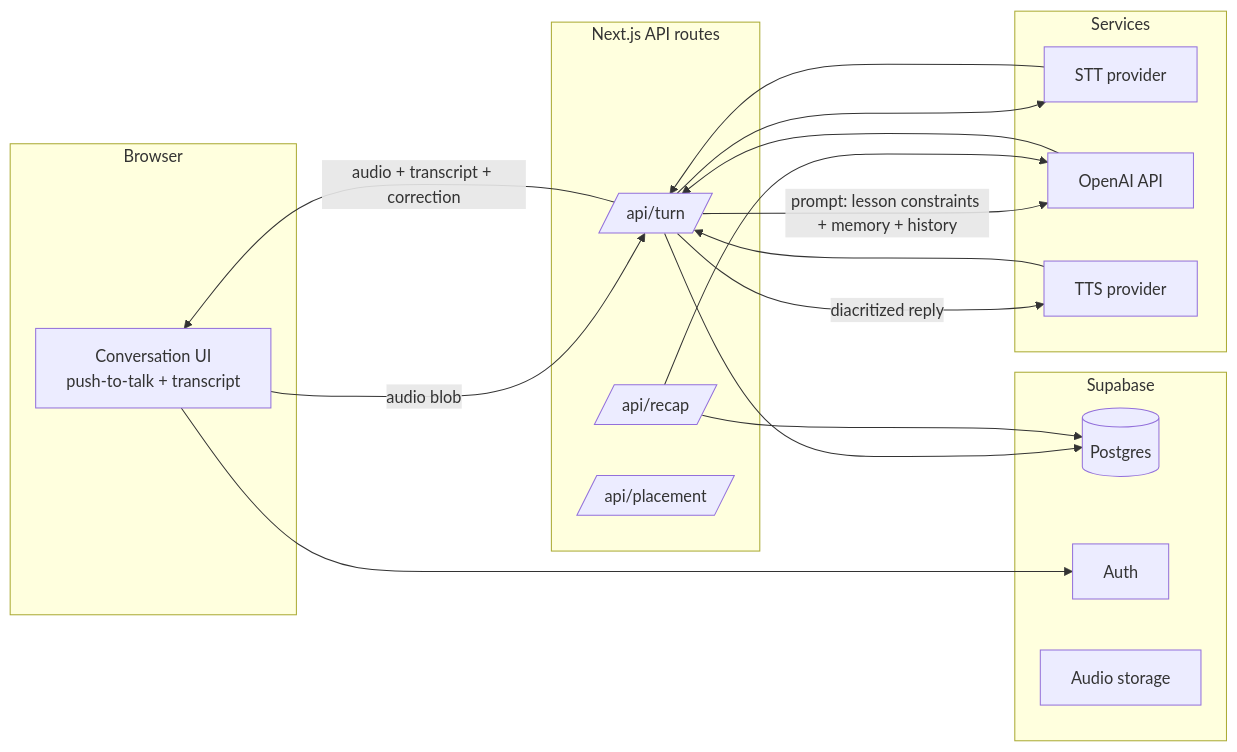
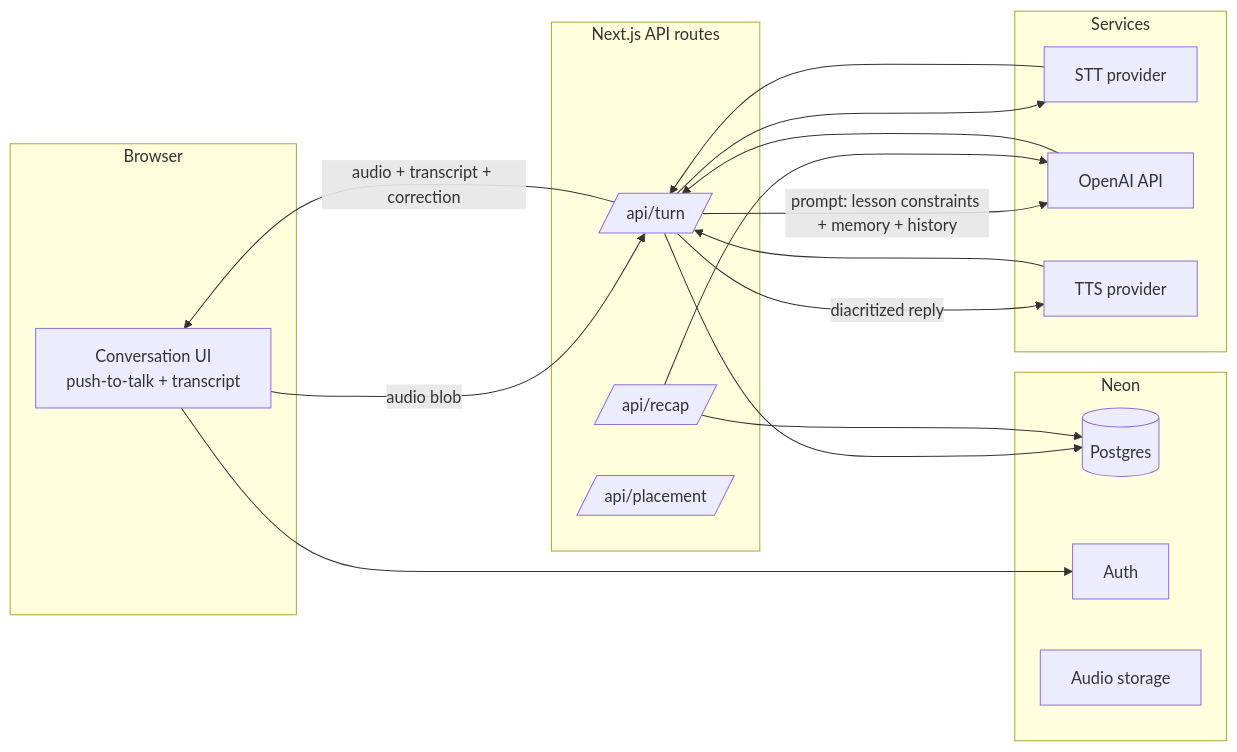
One commit to Azeez1314/jalees changed the diagram in docs/architecture.md. Above: the diagram before and after it, drawn with Mermaid. The commit also changed other lines of this file and 49 other files, not shown here.

````diff
--- a/docs/architecture.md
+++ b/docs/architecture.md
@@ -21,30 +21,30 @@
 ```mermaid
 flowchart LR
   subgraph Browser
     UI[Conversation UI\npush-to-talk + transcript]
   end
   subgraph "Next.js API routes"
     TURN[/api/turn/]
     RECAP[/api/recap/]
     PLACE[/api/placement/]
   end
   subgraph Services
     STT[STT provider]
     LLM[OpenAI API]
     TTS[TTS provider]
   end
-  subgraph Supabase
+  subgraph Neon
     DB[(Postgres)]
     AUTH[Auth]
     STORE[Audio storage]
   end
   UI -->|audio blob| TURN
   TURN --> STT --> TURN
   TURN -->|prompt: lesson constraints + memory + history| LLM --> TURN
   TURN -->|diacritized reply| TTS --> TURN
   TURN -->|audio + transcript + correction| UI
   TURN --> DB
   RECAP --> LLM
   RECAP --> DB
   UI --> AUTH
 ```
````
